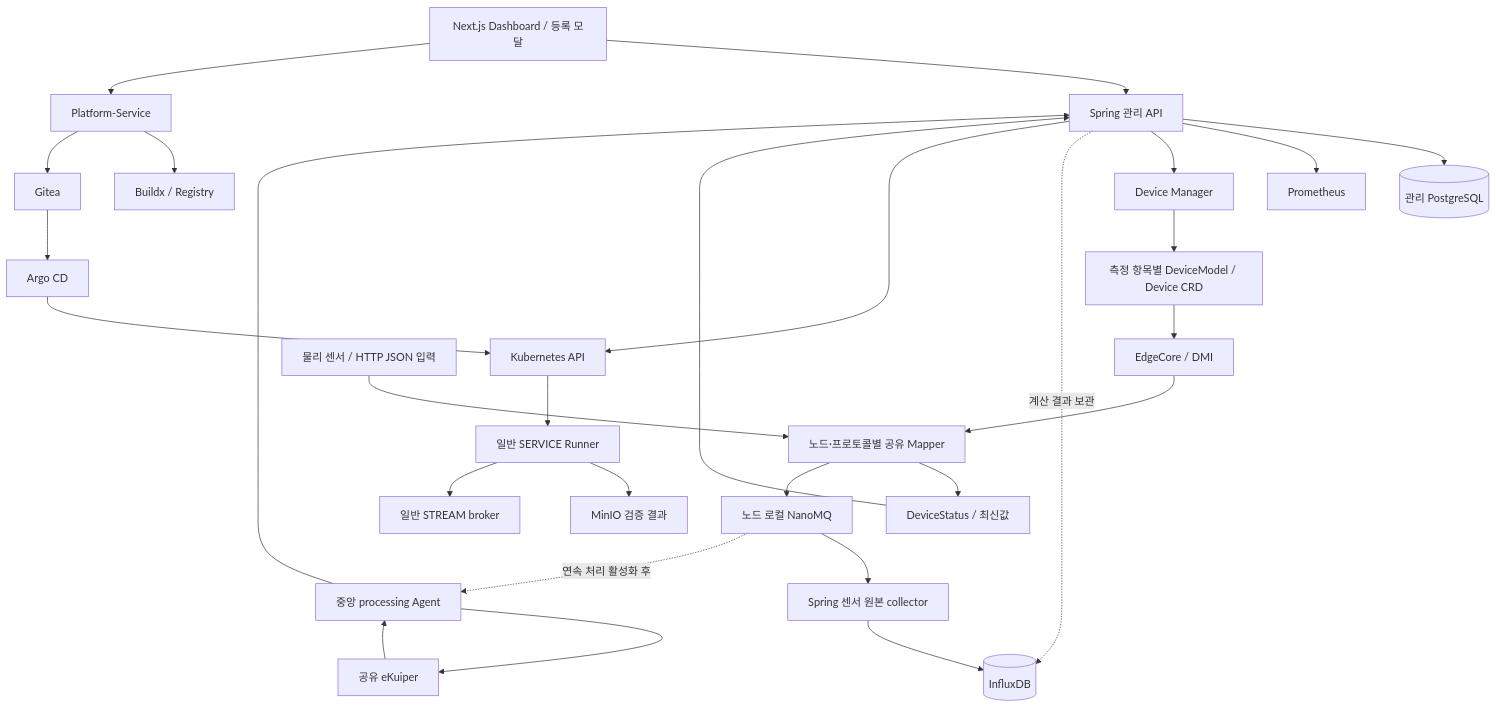
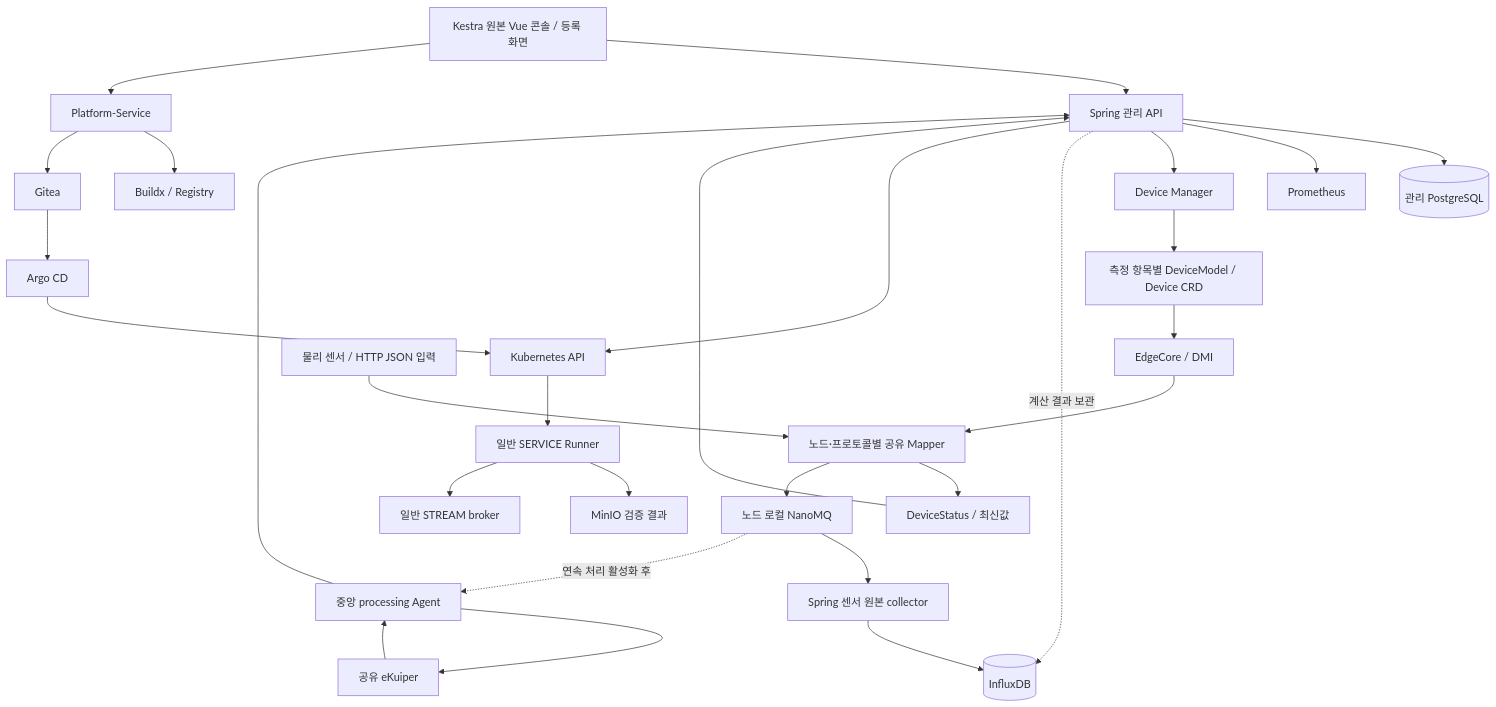
The diagram in docs/architecture/architecture.md (dsa04156/edgeai), drawn with Mermaid before and after one commit. The commit also changed other lines of this file and 208 other files, not shown here.

````diff
--- a/docs/architecture/architecture.md
+++ b/docs/architecture/architecture.md
@@ -7,30 +7,30 @@
 ```mermaid
 flowchart TB
-  UI[Next.js Dashboard / 등록 모달] --> API[Spring 관리 API]
+  UI[Kestra 원본 Vue 콘솔 / 등록 화면] --> API[Spring 관리 API]
   API --> DB[(관리 PostgreSQL)]
   API --> PROM[Prometheus]
   API --> DM[Device Manager]
   DM --> CRD[측정 항목별 DeviceModel / Device CRD]
   CRD --> EC[EdgeCore / DMI]
   EC --> MAP[노드·프로토콜별 공유 Mapper]
   SENSOR[물리 센서 / HTTP JSON 입력] --> MAP
   MAP --> STATUS[DeviceStatus / 최신값]
   STATUS --> API
   MAP --> NANO[노드 로컬 NanoMQ]
   NANO --> COL[Spring 센서 원본 collector]
   COL --> HIST[(InfluxDB)]
   NANO -. 연속 처리 활성화 후 .-> PA[중앙 processing Agent]
   PA --> EK[공유 eKuiper]
   EK --> PA
   PA --> API
   API -. 계산 결과 보관 .-> HIST
   API --> K[Kubernetes API]
   K --> RUN[일반 SERVICE Runner]
   RUN --> OBJ[MinIO 검증 결과]
   RUN --> MQTT[일반 STREAM broker]
   UI --> PS[Platform-Service]
   PS --> BX[Buildx / Registry]
   PS --> GIT[Gitea]
   GIT --> ARGO[Argo CD]
   ARGO --> K
 ```
````
